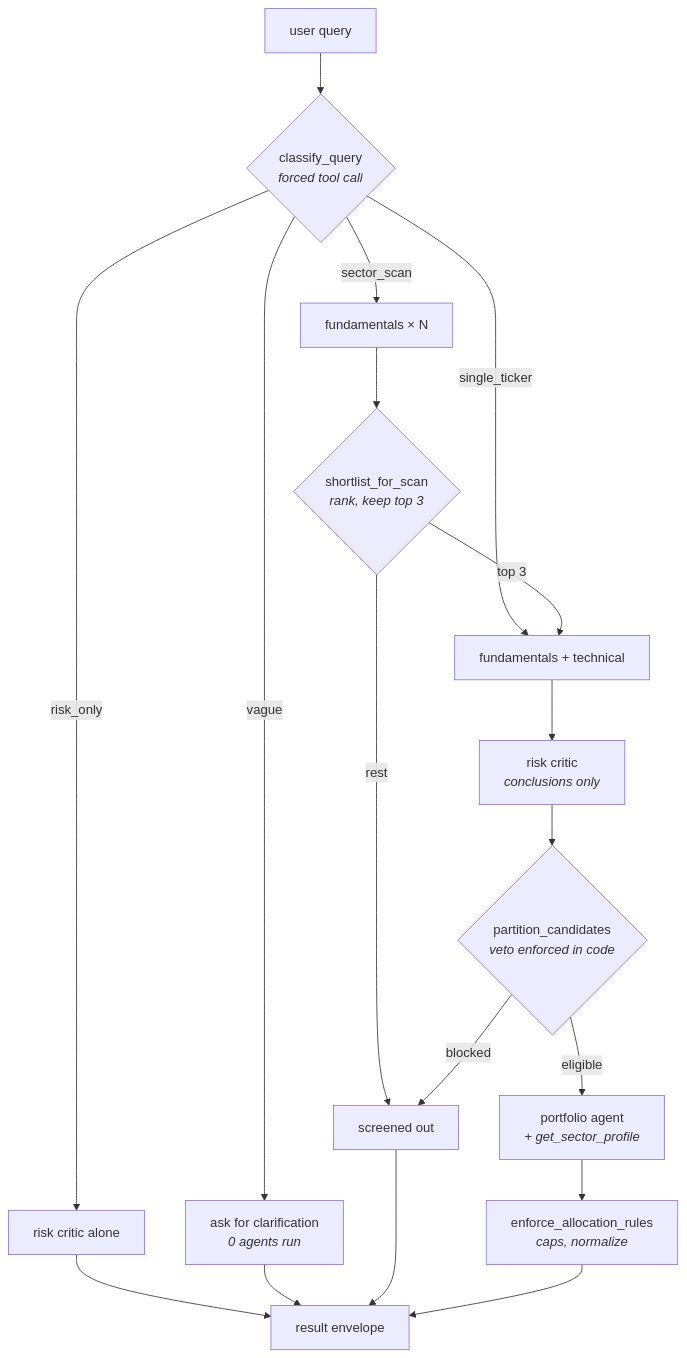
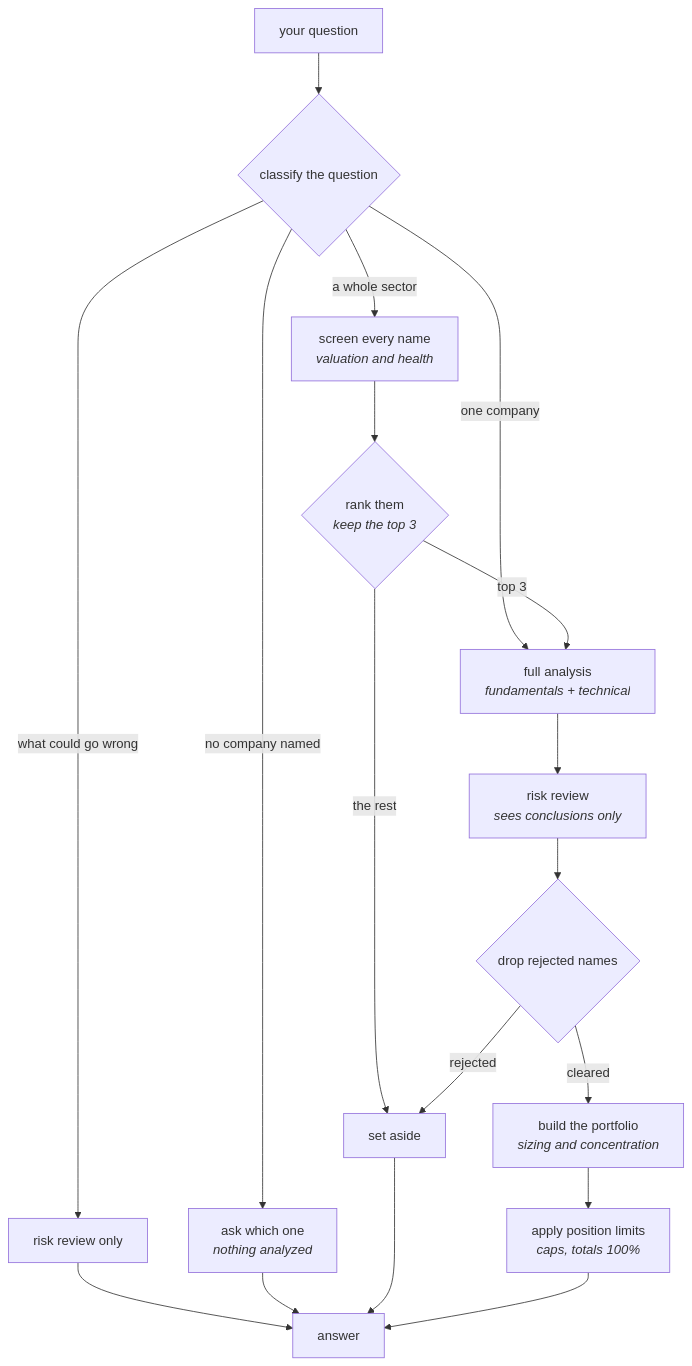
One commit to yelsakkary1/undervalued-stock-orchestrator changed the diagram in README.md. Above: the diagram before and after it, drawn with Mermaid.

Commit message:
Relabel the architecture diagram in plain language
The diagram was labeled with function names, which only helps someone
already reading the source. Nodes and edges now describe what happens at
each step, so the picture works for a reader who has not opened the code.
The function names are all still one grep away.

````diff
--- a/README.md
+++ b/README.md
@@ -17,25 +17,25 @@
 ```mermaid
 flowchart TB
-    Q["user query"] --> CL{"classify_query<br/><i>forced tool call</i>"}
+    Q["your question"] --> CL{"classify the question"}
 
-    CL -->|vague| ASK["ask for clarification<br/><i>0 agents run</i>"]
-    CL -->|risk_only| RO["risk critic alone"]
-    CL -->|sector_scan| SCAN["fundamentals × N"]
-    CL -->|single_ticker| DIVE
+    CL -->|no company named| ASK["ask which one<br/><i>nothing analyzed</i>"]
+    CL -->|what could go wrong| RO["risk review only"]
+    CL -->|a whole sector| SCAN["screen every name<br/><i>valuation and health</i>"]
+    CL -->|one company| DIVE
 
-    SCAN --> RANK{"shortlist_for_scan<br/><i>rank, keep top 3</i>"}
-    RANK -->|top 3| DIVE["fundamentals + technical"]
-    RANK -->|rest| DROP["screened out"]
+    SCAN --> RANK{"rank them<br/><i>keep the top 3</i>"}
+    RANK -->|top 3| DIVE["full analysis<br/><i>fundamentals + technical</i>"]
+    RANK -->|the rest| DROP["set aside"]
 
-    DIVE --> RISK["risk critic<br/><i>conclusions only</i>"]
-    RISK --> GATE{"partition_candidates<br/><i>veto enforced in code</i>"}
+    DIVE --> RISK["risk review<br/><i>sees conclusions only</i>"]
+    RISK --> GATE{"drop rejected names"}
 
-    GATE -->|blocked| DROP
-    GATE -->|eligible| PORT["portfolio agent<br/><i>+ get_sector_profile</i>"]
-    PORT --> RULES["enforce_allocation_rules<br/><i>caps, normalize</i>"]
+    GATE -->|rejected| DROP
+    GATE -->|cleared| PORT["build the portfolio<br/><i>sizing and concentration</i>"]
+    PORT --> RULES["apply position limits<br/><i>caps, totals 100%</i>"]
 
-    RO --> OUT["result envelope"]
+    RO --> OUT["answer"]
     ASK --> OUT
     DROP --> OUT
     RULES --> OUT
 ```
````
